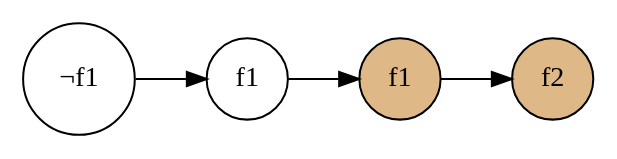
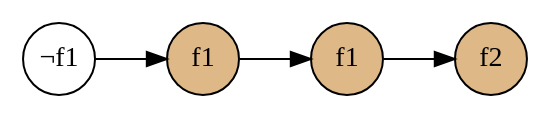
One commit to sinotca529/glab-seminar changed the third of 4 diagrams in src/mc5/mc5.1.md. Above: the diagram before and after it, drawn with Graphviz. The commit also changed other lines of this file and 2 other files, not shown here.

````diff
--- a/src/mc5/mc5.1.md
+++ b/src/mc5/mc5.1.md
@@ -147,11 +129,11 @@
-```graphviz
+```graphviz {caption="ループ2順後"}
 digraph G {
     graph [rankdir=LR]
-    node [shape=circle, style=filled, fillcolor="white"]
+    node [shape=circle, style=filled, fillcolor="white", fixedsize="true"]
     N0 [label="¬f1"]
-    N1 [label="f1"]
+    N1 [label="f1", fillcolor="burlywood"]
     N2 [label="f1", fillcolor="burlywood"]
     N3 [label="f2", fillcolor="burlywood"]
     N0 -> N1 -> N2 -> N3
 }
 ```
````
